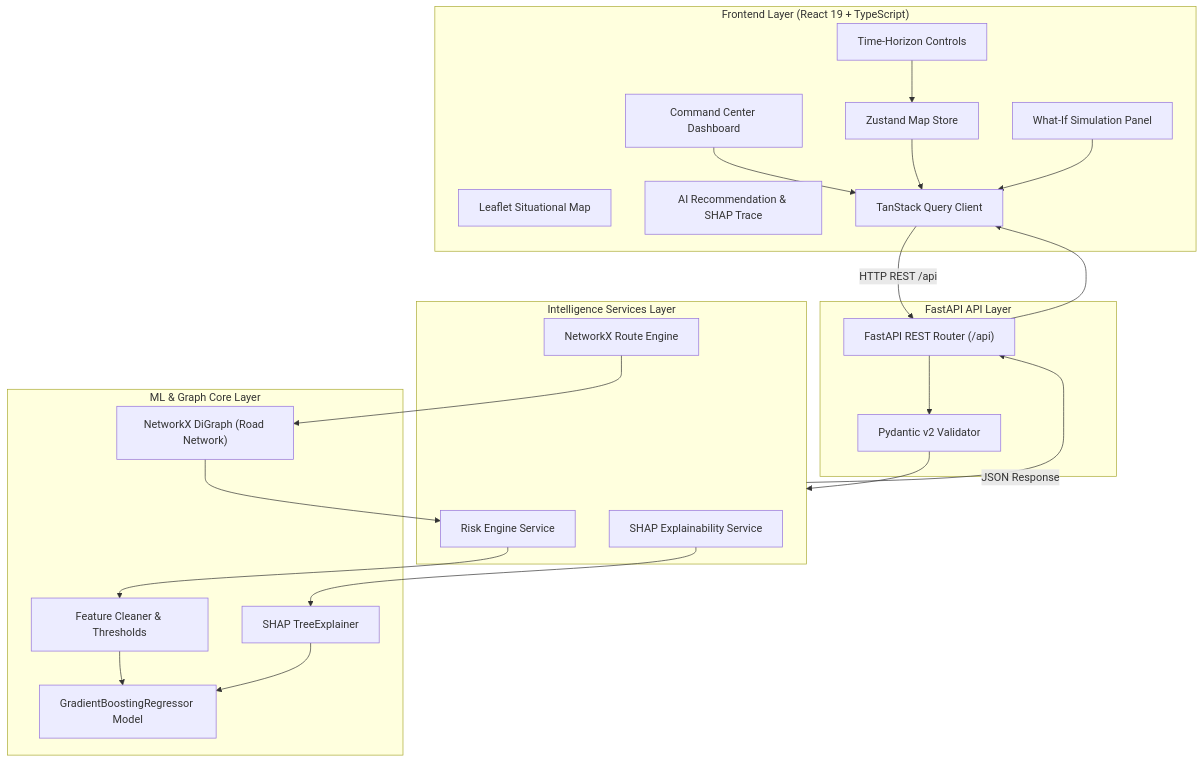
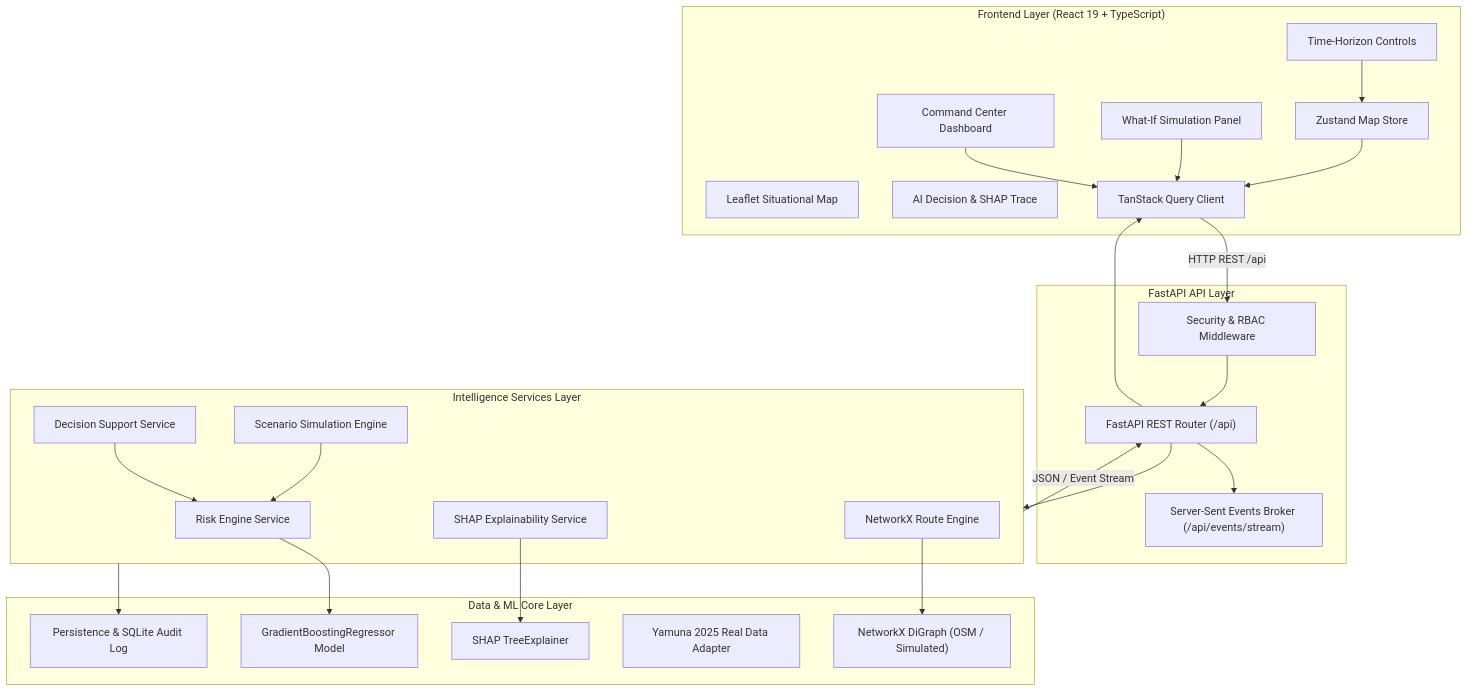
The first of 2 diagrams in README.md (DevByPawan/AapdaNetra-X), drawn with Mermaid before and after one commit. The commit also changed other lines of this file and 79 other files, not shown here.

````diff
--- a/README.md
+++ b/README.md
@@ -25,46 +27,51 @@
 ```mermaid
 graph TD
     subgraph Client ["Frontend Layer (React 19 + TypeScript)"]
         UI["Command Center Dashboard"]
         Map["Leaflet Situational Map"]
         Controls["Time-Horizon Controls"]
         SimUI["What-If Simulation Panel"]
-        RecPanel["AI Recommendation & SHAP Trace"]
+        RecPanel["AI Decision & SHAP Trace"]
         Store["Zustand Map Store"]
         Query["TanStack Query Client"]
     end
 
     subgraph Server ["FastAPI API Layer"]
         API["FastAPI REST Router (/api)"]
-        Schema["Pydantic v2 Validator"]
+        SSE["Server-Sent Events Broker (/api/events/stream)"]
+        Auth["Security & RBAC Middleware"]
     end
 
     subgraph Service ["Intelligence Services Layer"]
         RiskEng["Risk Engine Service"]
         ExplainEng["SHAP Explainability Service"]
         RouteEng["NetworkX Route Engine"]
+        DecEng["Decision Support Service"]
+        ScenEng["Scenario Simulation Engine"]
     end
 
-    subgraph Core ["ML & Graph Core Layer"]
+    subgraph Core ["Data & ML Core Layer"]
         GBR["GradientBoostingRegressor Model"]
         TreeExp["SHAP TreeExplainer"]
-        RoadGraph["NetworkX DiGraph (Road Network)"]
-        Validator["Feature Cleaner & Thresholds"]
+        RoadGraph["NetworkX DiGraph (OSM / Simulated)"]
+        Preproc["Yamuna 2025 Real Data Adapter"]
+        Persist["Persistence & SQLite Audit Log"]
     end
 
     UI --> Query
     Controls --> Store
     Store --> Query
     SimUI --> Query
-    Query -->|HTTP REST /api| API
-    API --> Schema
-    Schema --> Service
-    RiskEng --> Validator
-    Validator --> GBR
+    Query -->|HTTP REST /api| Auth
+    Auth --> API
+    API --> Service
+    RiskEng --> GBR
     ExplainEng --> TreeExp
-    TreeExp --> GBR
     RouteEng --> RoadGraph
-    RoadGraph --> RiskEng
-    Service -->|JSON Response| API
+    DecEng --> RiskEng
+    ScenEng --> RiskEng
+    Service --> Persist
+    Service -->|JSON / Event Stream| API
+    API --> SSE
     API --> Query
 ```
````
